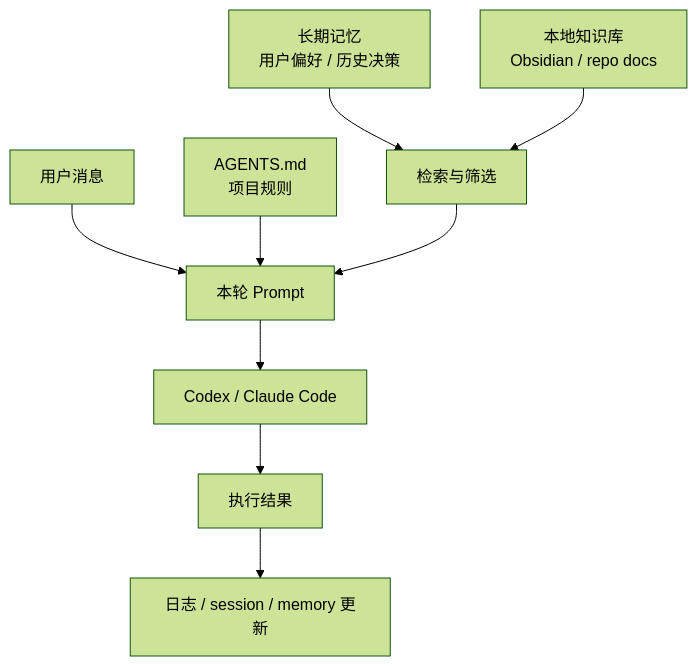
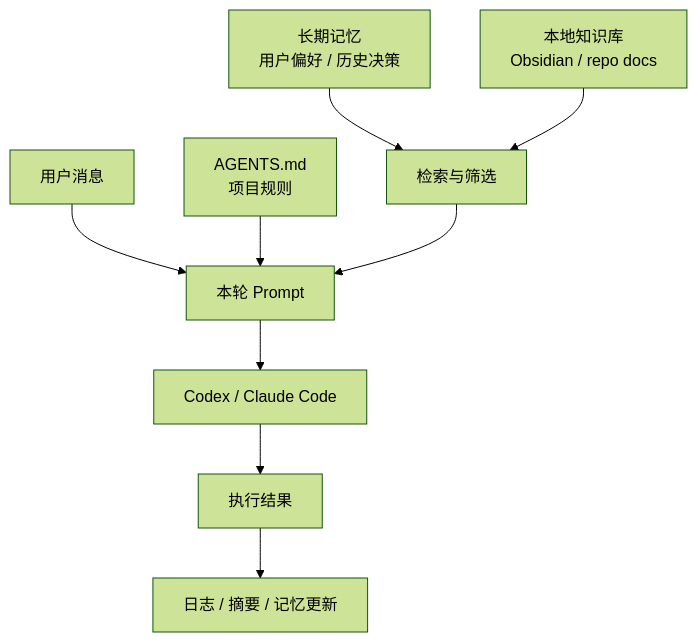
One commit to catwithtudou/new_blog changed the fifth of 5 diagrams in docs/algorithms/LLM/inbox/260607_local_agent_runtime_agentara.md. Above: the diagram before and after it, drawn with Mermaid (forest theme). The commit also changed other lines of this file and 8 other files, not shown here.

````diff
--- a/docs/algorithms/LLM/inbox/260607_local_agent_runtime_agentara.md
+++ b/docs/algorithms/LLM/inbox/260607_local_agent_runtime_agentara.md
@@ -263,11 +274,11 @@
 ```mermaid
 flowchart TB
-    A["用户消息"] --> F["本轮 Prompt"]
-    B["AGENTS.md<br/>项目规则"] --> F
-    C["长期记忆<br/>用户偏好 / 历史决策"] --> E["检索与筛选"]
-    D["本地知识库<br/>Obsidian / repo docs"] --> E
-    E --> F
-    F --> G["Codex / Claude Code"]
-    G --> H["执行结果"]
-    H --> I["日志 / session / memory 更新"]
+  A["用户消息"] --> F["本轮 Prompt"]
+  B["AGENTS.md<br/>项目规则"] --> F
+  C["长期记忆<br/>用户偏好 / 历史决策"] --> E["检索与筛选"]
+  D["本地知识库<br/>Obsidian / repo docs"] --> E
+  E --> F
+  F --> G["Codex / Claude Code"]
+  G --> H["执行结果"]
+  H --> I["日志 / 摘要 / 记忆更新"]
 ```
````
